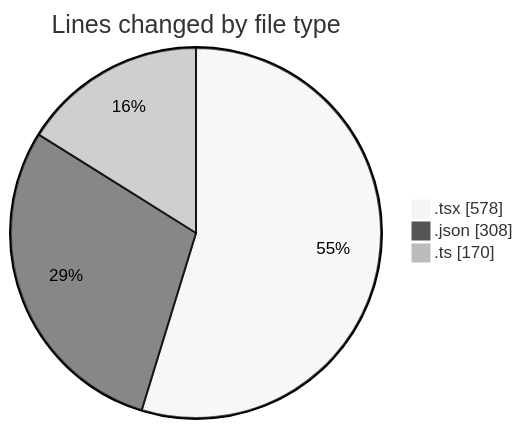
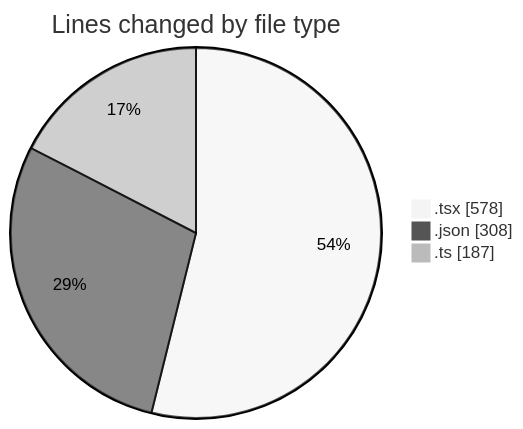
Before and after one commit to Elitesun/code-tracking: the first of 2 diagrams in 2025-04-30/niten/README.md, drawn with Mermaid (neutral theme). The commit also changed other lines of this file and 1 other file, not shown here.

````diff
--- a/2025-04-30/niten/README.md
+++ b/2025-04-30/niten/README.md
@@ -41,7 +41,7 @@
 ```mermaid
 pie showData
 title Lines changed by file type
 ".tsx" : 578
 ".json" : 308
-".ts" : 170
+".ts" : 187
 ```
````
